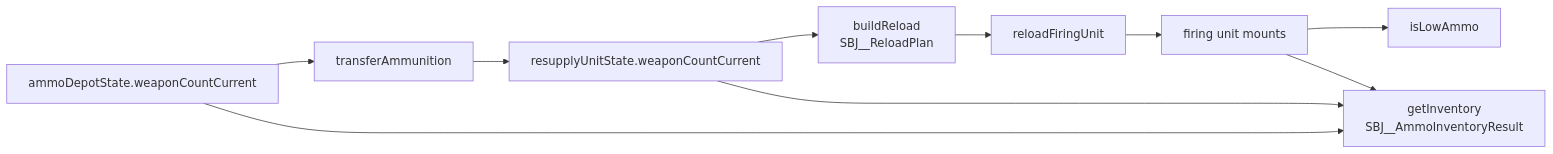
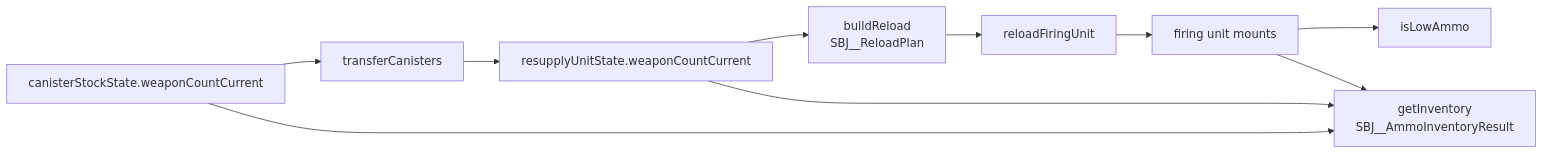
Before and after one commit to pullupjumper/formosa-in-flames: the diagram in docs/missileSystem/ammo.md, drawn with Mermaid. The commit also changed other lines of this file and 36 other files, not shown here.

First line of the commit message:
refactor(missileSystem): rename the ammo depot to canister stock

````diff
--- a/docs/missileSystem/ammo.md
+++ b/docs/missileSystem/ammo.md
@@ -30,15 +30,15 @@
 ```mermaid
 flowchart LR
-    AD[ammoDepotState.weaponCountCurrent] --> TA[transferAmmunition]
+    AD[canisterStockState.weaponCountCurrent] --> TA[transferCanisters]
     TA --> RU[resupplyUnitState.weaponCountCurrent]
 
     RU --> BR[buildReload<br>SBJ__ReloadPlan]
     BR --> RF[reloadFiringUnit]
     RF --> TEL[firing unit mounts]
 
     TEL --> LA[isLowAmmo]
 
     AD --> INV
     RU --> INV
     TEL --> INV[getInventory<br>SBJ__AmmoInventoryResult]
 ```
````
